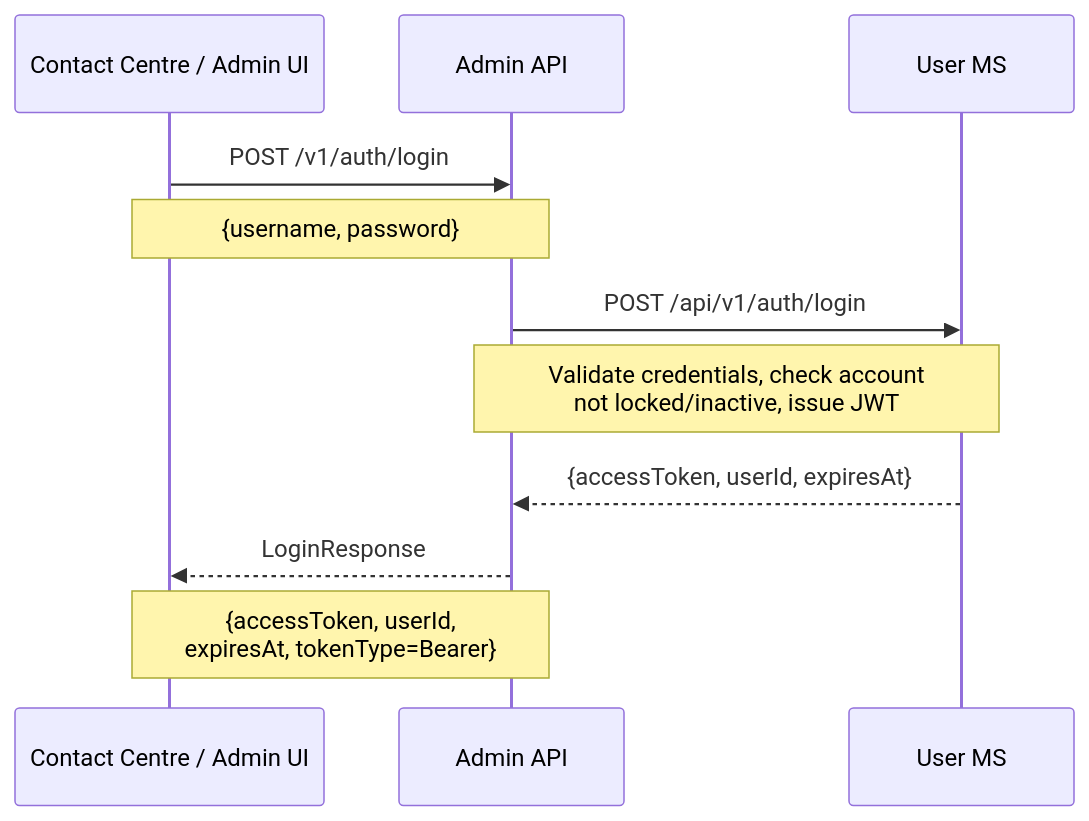
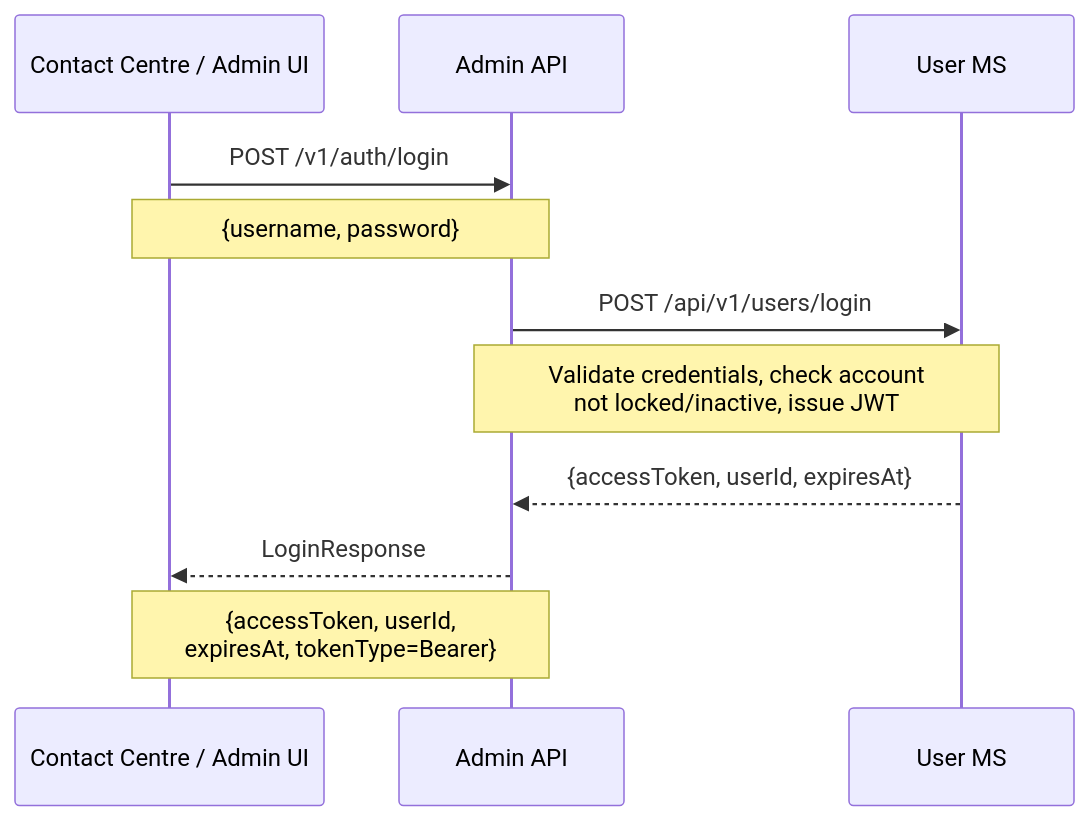
The ninth of 9 diagrams in documentation/sequences/identity.md (sebharvey/airline-reservation-system), drawn with Mermaid before and after one commit. The commit also changed other lines of this file and 11 other files, not shown here.

````diff
--- a/documentation/sequences/identity.md
+++ b/documentation/sequences/identity.md
@@ -158,14 +188,14 @@
 ```mermaid
 sequenceDiagram
     participant Terminal as Contact Centre / Admin UI
     participant AdminAPI as Admin API
     participant UserMS as User MS
 
     Terminal->>AdminAPI: POST /v1/auth/login
     Note over Terminal,AdminAPI: {username, password}
-    AdminAPI->>UserMS: POST /api/v1/auth/login
+    AdminAPI->>UserMS: POST /api/v1/users/login
     Note over AdminAPI,UserMS: Validate credentials, check account<br/>not locked/inactive, issue JWT
     UserMS-->>AdminAPI: {accessToken, userId, expiresAt}
     AdminAPI-->>Terminal: LoginResponse
     Note over AdminAPI,Terminal: {accessToken, userId,<br/>expiresAt, tokenType=Bearer}
 ```
````
